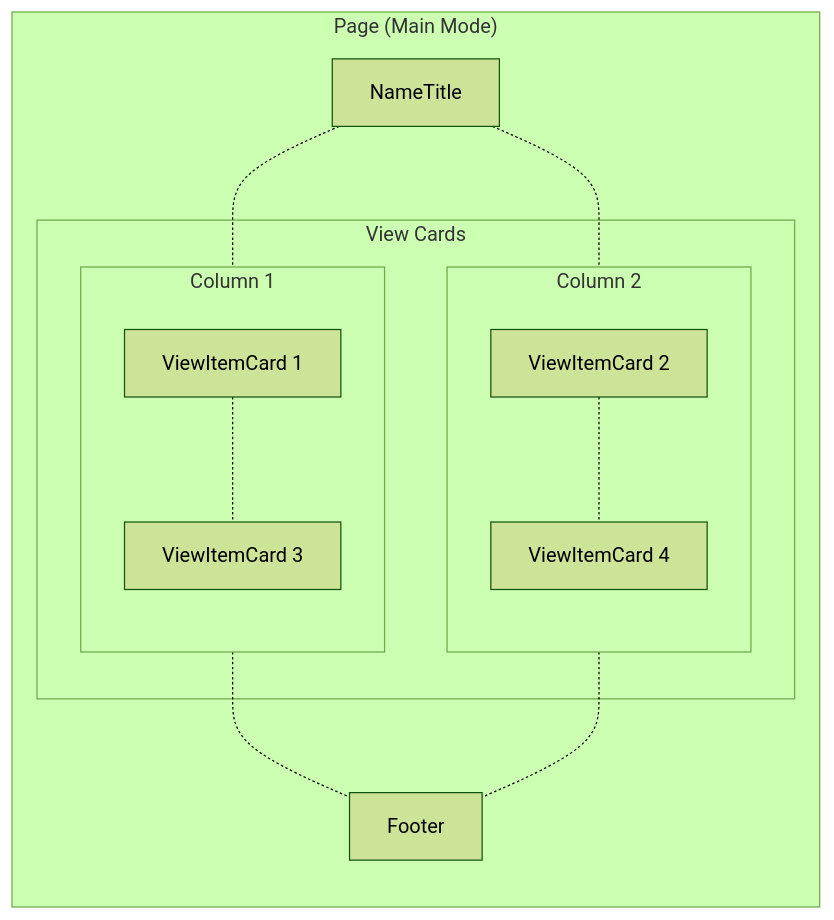
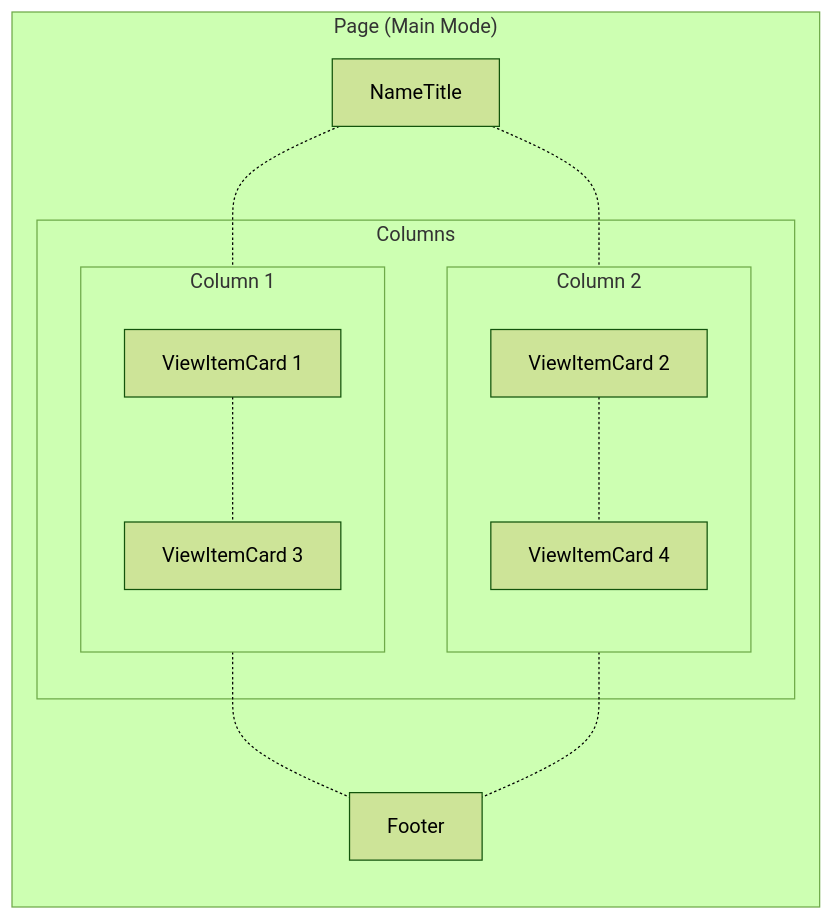
Before and after one commit to alankrantas/alankrantas.github.io: the first of 2 diagrams in README.md, drawn with Mermaid (forest theme).

````diff
--- a/README.md
+++ b/README.md
@@ -19,26 +19,26 @@
 ```mermaid
 flowchart TD
   subgraph n0 ["Page (Main Mode)"]
     direction TB
     n1[NameTitle];
-    subgraph n2 [View Cards];
+    subgraph n2 [Columns];
         subgraph n3 [Column 1];
             direction TB
             n4[ViewItemCard 1];
             n5[ViewItemCard 3];
             n4-.-n5;
         end
         subgraph n6 [Column 2];
             direction TB
             n7[ViewItemCard 2];
             n8[ViewItemCard 4];
             n7-.-n8;
         end
     end
     n9[Footer];
     n1-.-n3;
     n1-.-n6;
     n3-.-n9;
     n6-.-n9;
   end
 ```
````
